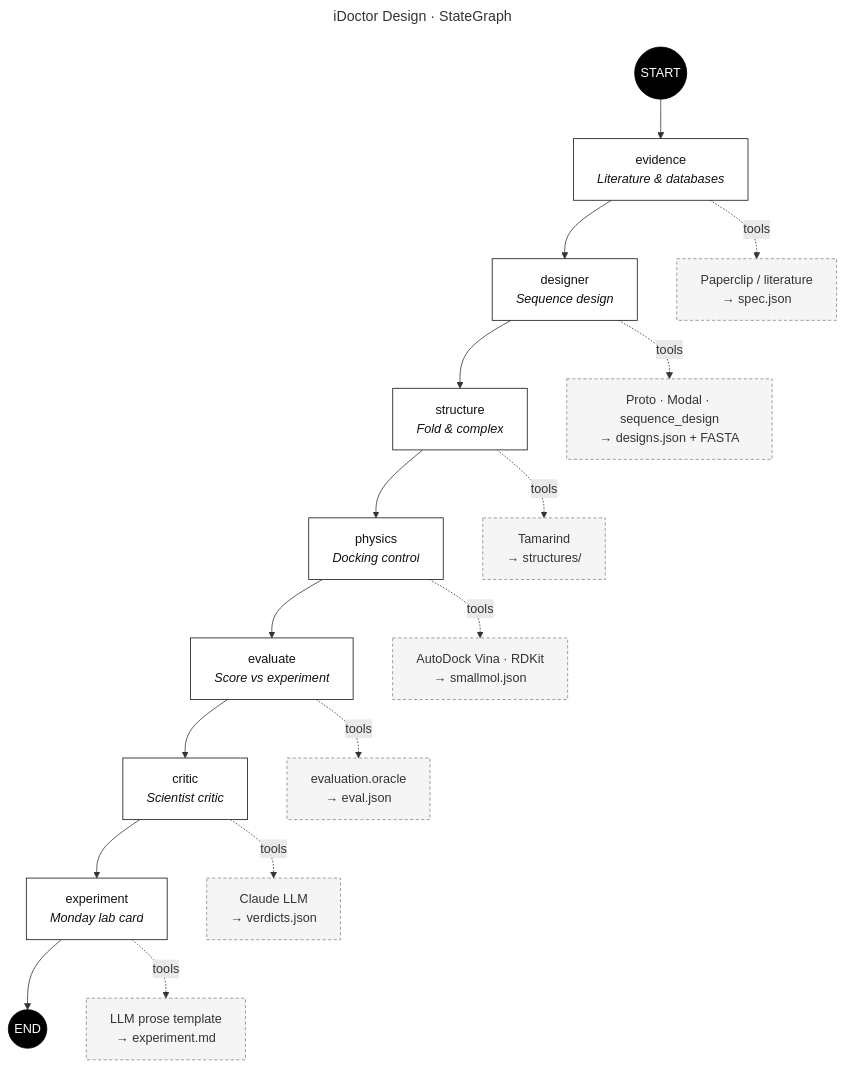
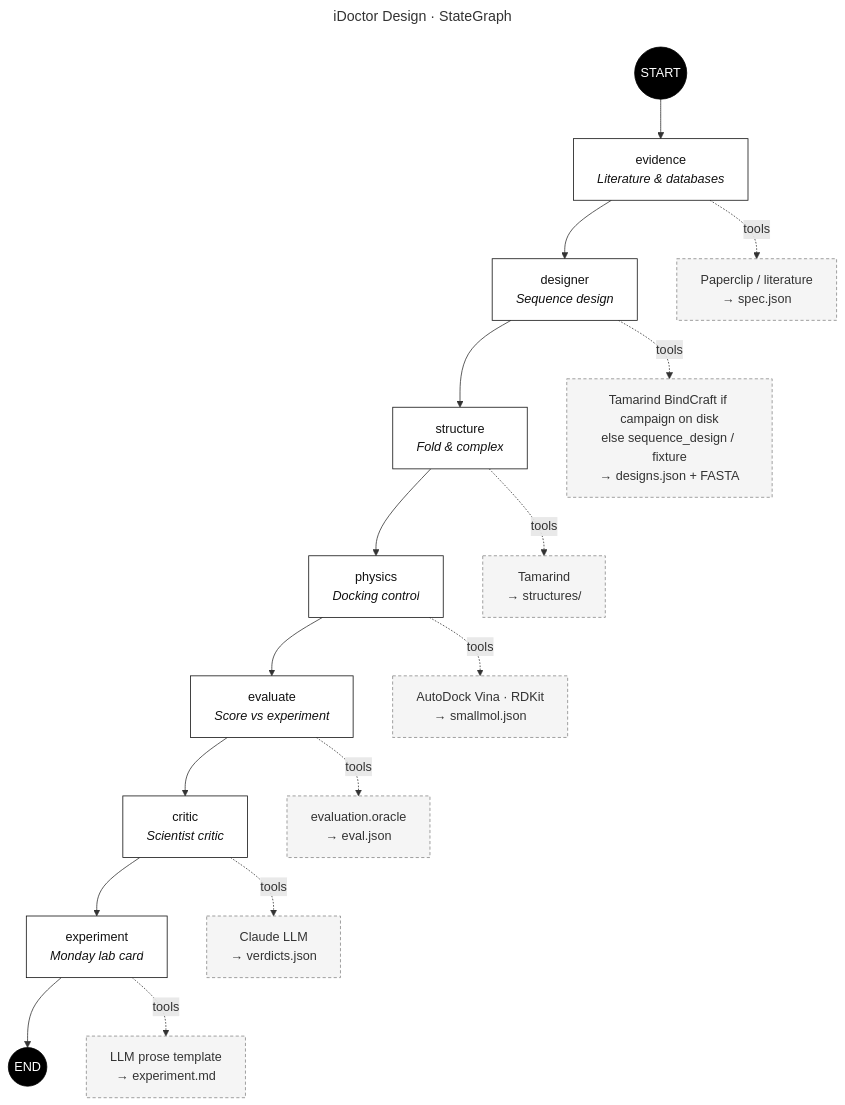
One commit to pramodthe/idoctor-design changed the first of 2 diagrams in README.md. Above: the diagram before and after it, drawn with Mermaid. The commit also changed other lines of this file and 36 other files, not shown here.

````diff
--- a/README.md
+++ b/README.md
@@ -79,38 +81,38 @@
 ```mermaid
 ---
 title: iDoctor Design · StateGraph
 ---
 flowchart TD
   classDef startend fill:#000,color:#fff,stroke:#000
   classDef agent fill:#fff,stroke:#111,color:#111
   classDef tool fill:#f5f5f5,stroke:#888,stroke-dasharray: 4 3,color:#333
 
   __start__((START)):::startend
 
   evidence["evidence<br/><i>Literature &amp; databases</i>"]:::agent
   designer["designer<br/><i>Sequence design</i>"]:::agent
   structure["structure<br/><i>Fold &amp; complex</i>"]:::agent
   physics["physics<br/><i>Docking control</i>"]:::agent
   evaluate["evaluate<br/><i>Score vs experiment</i>"]:::agent
   critic["critic<br/><i>Scientist critic</i>"]:::agent
   experiment["experiment<br/><i>Monday lab card</i>"]:::agent
 
   __end__((END)):::startend
 
   __start__ --> evidence
   evidence --> designer
   designer --> structure
   structure --> physics
   physics --> evaluate
   evaluate --> critic
   critic --> experiment
   experiment --> __end__
 
   evidence -. tools .-> t_paperclip["Paperclip / literature<br/>→ spec.json"]:::tool
-  designer -. tools .-> t_proto["Proto · Modal · sequence_design<br/>→ designs.json + FASTA"]:::tool
+  designer -. tools .-> t_design["Tamarind BindCraft if campaign on disk<br/>else sequence_design / fixture<br/>→ designs.json + FASTA"]:::tool
   structure -. tools .-> t_tam["Tamarind<br/>→ structures/"]:::tool
   physics -. tools .-> t_vina["AutoDock Vina · RDKit<br/>→ smallmol.json"]:::tool
   evaluate -. tools .-> t_oracle["evaluation.oracle<br/>→ eval.json"]:::tool
   critic -. tools .-> t_claude["Claude LLM<br/>→ verdicts.json"]:::tool
   experiment -. tools .-> t_card["LLM prose template<br/>→ experiment.md"]:::tool
 ```
````
